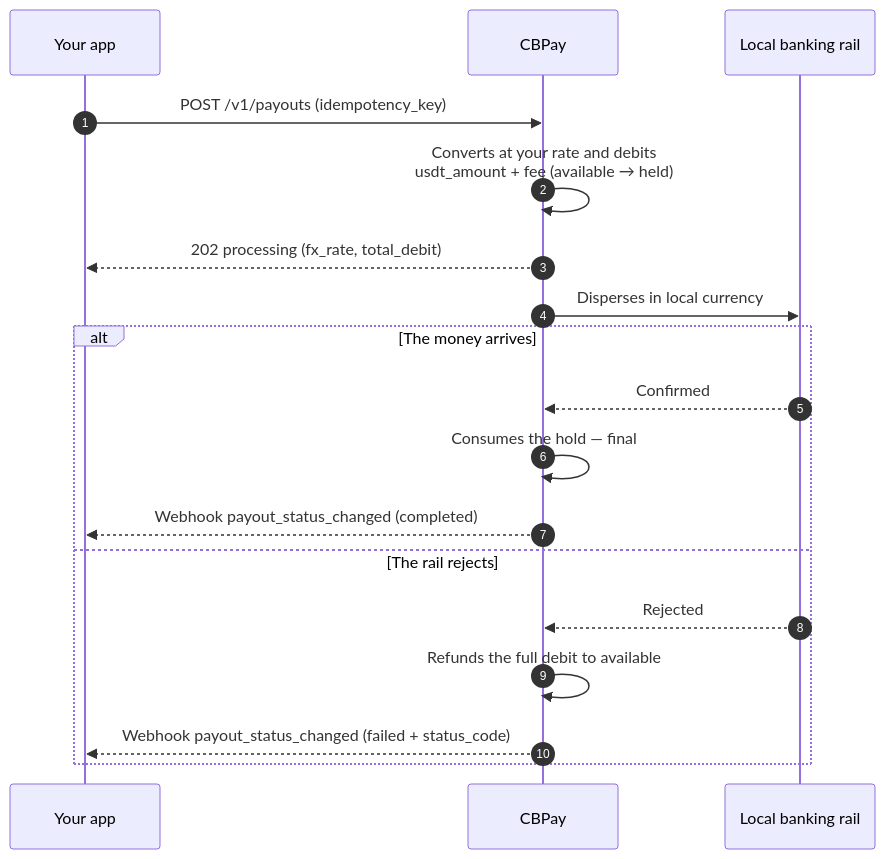
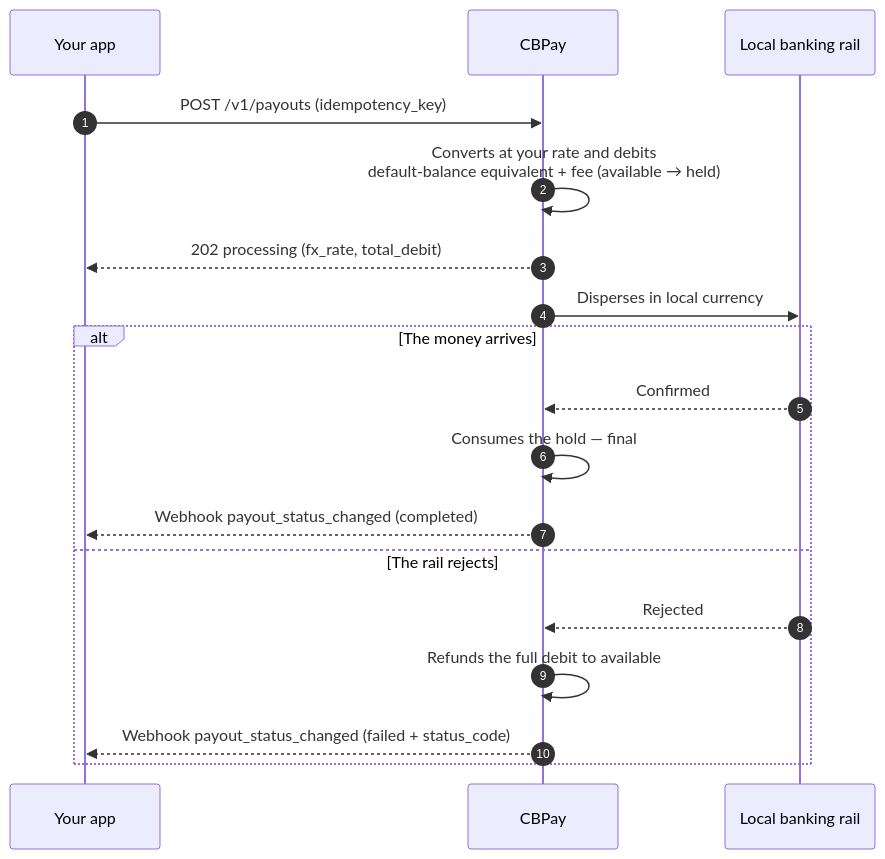
The diagram in en/guides/payouts-overview.mdx (CBpayapp/cbpay-docs), drawn with Mermaid before and after one commit. The commit also changed other lines of this file and 113 other files, not shown here.

````diff
--- a/en/guides/payouts-overview.mdx
+++ b/en/guides/payouts-overview.mdx
@@ -23,20 +24,20 @@
 ```mermaid
 sequenceDiagram
     autonumber
     participant App as Your app
     participant CB as CBPay
     participant Rail as Local banking rail
     App->>CB: POST /v1/payouts (idempotency_key)
-    CB->>CB: Converts at your rate and debits<br/>usdt_amount + fee (available → held)
+    CB->>CB: Converts at your rate and debits<br/>default-balance equivalent + fee (available → held)
     CB-->>App: 202 processing (fx_rate, total_debit)
     CB->>Rail: Disperses in local currency
     alt The money arrives
         Rail-->>CB: Confirmed
         CB->>CB: Consumes the hold — final
         CB-->>App: Webhook payout_status_changed (completed)
     else The rail rejects
         Rail-->>CB: Rejected
         CB->>CB: Refunds the full debit to available
         CB-->>App: Webhook payout_status_changed (failed + status_code)
     end
 ```
````
